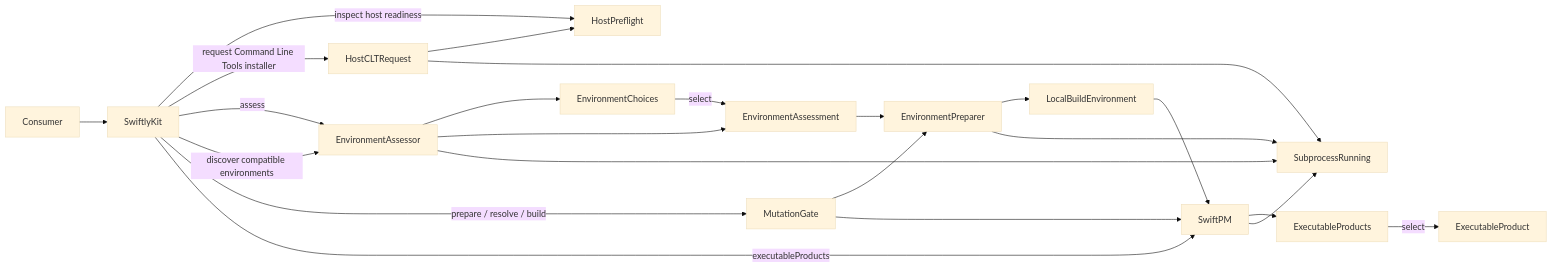
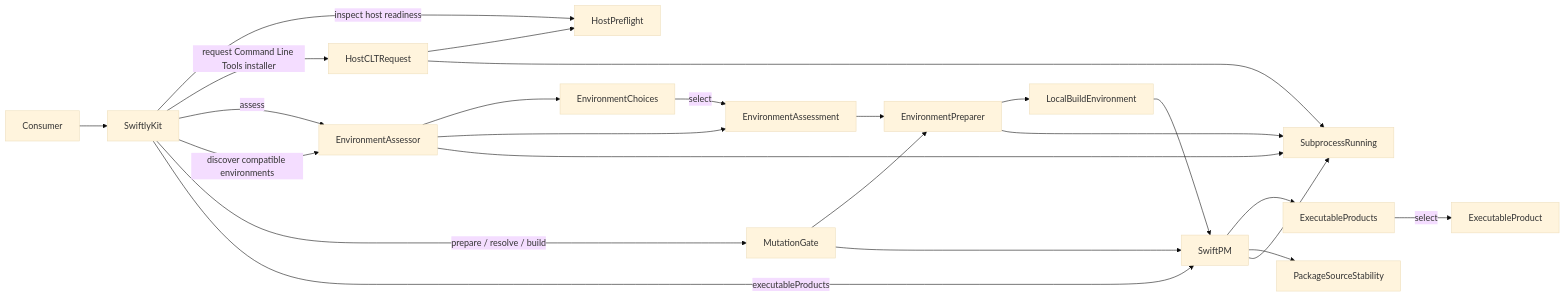
The diagram in Documentation/Architecture.md (mottzi/SwiftlyKit), drawn with Mermaid (base theme) before and after one commit. The commit also changed other lines of this file and 47 other files, not shown here.

````diff
--- a/Documentation/Architecture.md
+++ b/Documentation/Architecture.md
@@ -7,25 +7,26 @@
 ```mermaid
 flowchart LR
     Consumer --> Facade[SwiftlyKit]
     Facade -->|inspect host readiness| Preflight[HostPreflight]
     Facade -->|request Command Line Tools installer| Requester[HostCLTRequest]
     Requester --> Preflight
     Facade -->|assess| Assessor[EnvironmentAssessor]
     Facade -->|discover compatible environments| Assessor
     Assessor --> Choices[EnvironmentChoices]
     Choices -->|select| Assessment
     Assessor --> Assessment[EnvironmentAssessment]
     Assessment --> Preparer[EnvironmentPreparer]
     Preparer --> Environment[LocalBuildEnvironment]
     Environment --> SwiftPM
     SwiftPM --> Products[ExecutableProducts]
     Products -->|select| Product[ExecutableProduct]
+    SwiftPM --> Stability[PackageSourceStability]
     Facade -->|prepare / resolve / build| Gate[MutationGate]
     Gate --> Preparer
     Gate --> SwiftPM
     Facade -->|executableProducts| SwiftPM
     Assessor --> Subprocess[SubprocessRunning]
     Requester --> Subprocess
     Preparer --> Subprocess
     SwiftPM --> Subprocess
 ```
````
